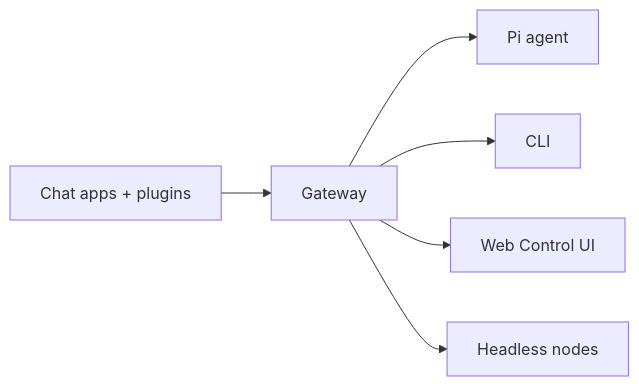
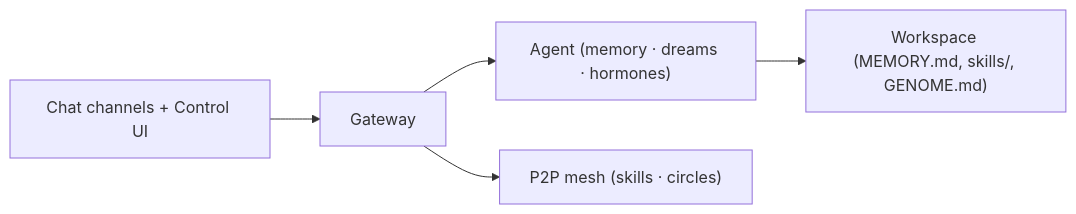
The diagram in docs/index.md (Bitterbot-AI/bitterbot-desktop), drawn with Mermaid before and after one commit. The commit also changed other lines of this file and 14 other files, not shown here.

````diff
--- a/docs/index.md
+++ b/docs/index.md
@@ -61,8 +63,7 @@
 ```mermaid
 flowchart LR
-  A["Chat apps + plugins"] --> B["Gateway"]
-  B --> C["Pi agent"]
-  B --> D["CLI"]
-  B --> E["Web Control UI"]
-  B --> F["Headless nodes"]
+  A["Chat channels + Control UI"] --> B["Gateway"]
+  B --> C["Agent (memory · dreams · hormones)"]
+  B --> D["P2P mesh (skills · circles)"]
+  C --> E["Workspace (MEMORY.md, skills/, GENOME.md)"]
 ```
````
